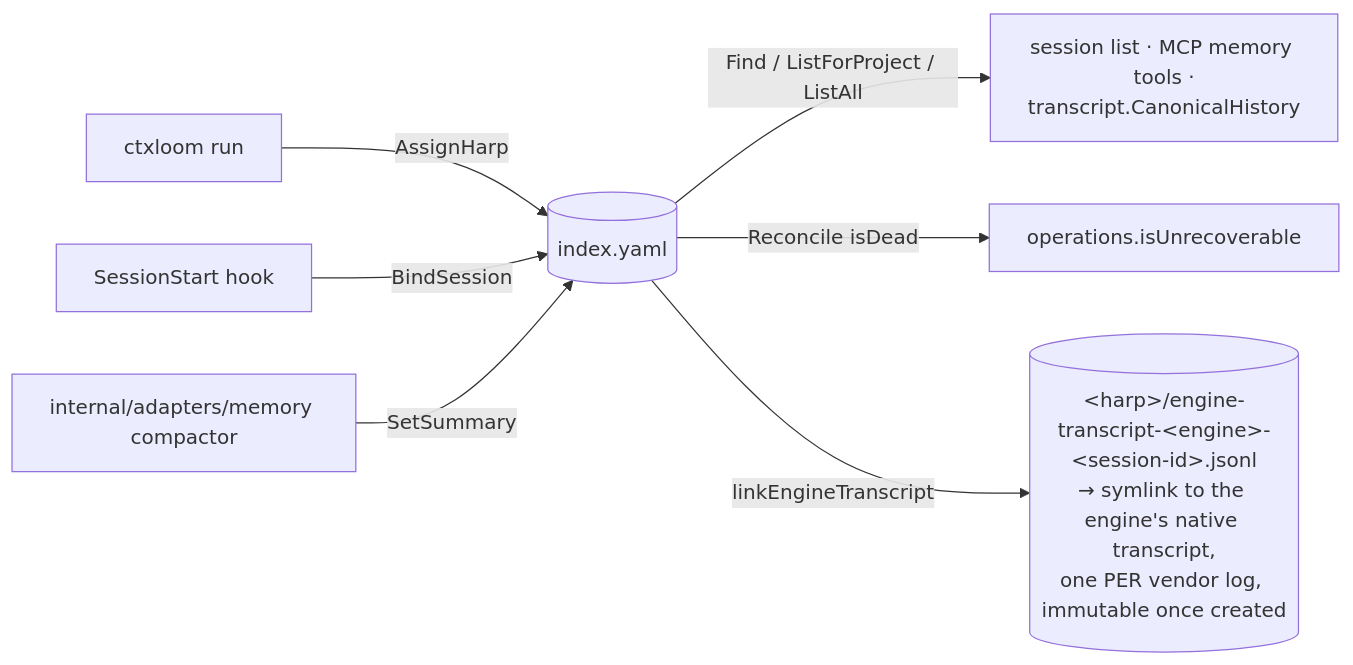
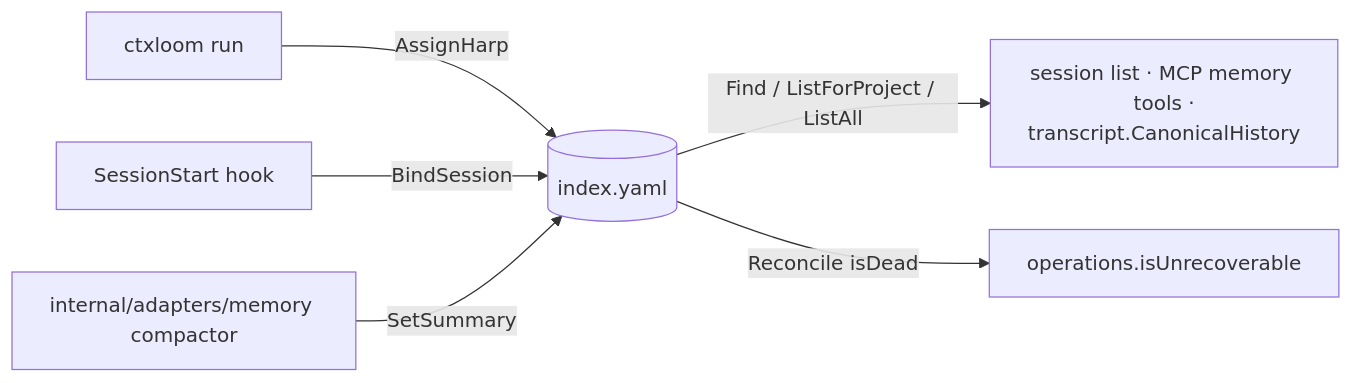
The second of 2 diagrams in docs/architecture/companions/sessions.md (ctxloom/ctxloom), drawn with Mermaid before and after one commit. The commit also changed other lines of this file and 19 other files, not shown here.

First line of the commit message:
docs: session-layout — architecture, glossary and user docs describe the machine session dir and the output dir

````diff
--- a/docs/architecture/companions/sessions.md
+++ b/docs/architecture/companions/sessions.md
@@ -68,9 +68,8 @@
 ```mermaid
 flowchart LR
   RUN["ctxloom run"] -->|AssignHarp| IDX[("index.yaml")]
   HOOK["SessionStart hook"] -->|BindSession| IDX
   COMP["internal/adapters/memory compactor"] -->|SetSummary| IDX
   IDX -->|Find / ListForProject / ListAll| READ["session list · MCP memory tools ·<br/>transcript.CanonicalHistory"]
   IDX -->|Reconcile isDead| REAP["operations.isUnrecoverable"]
-  IDX -->|"linkEngineTranscript"| LINK[("&lt;harp&gt;/engine-transcript-&lt;engine&gt;-&lt;session-id&gt;.jsonl<br/>→ symlink to the engine's native transcript,<br/>one PER vendor log, immutable once created")]
 ```
````
